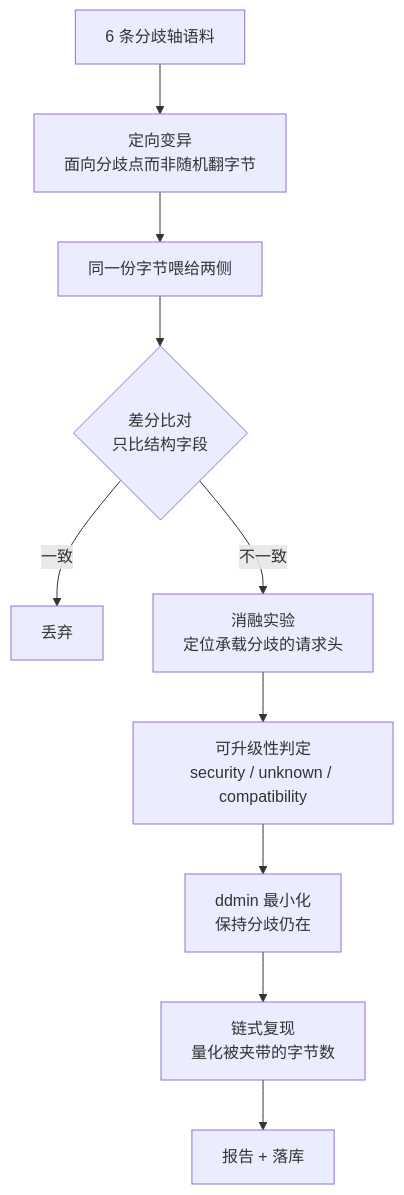
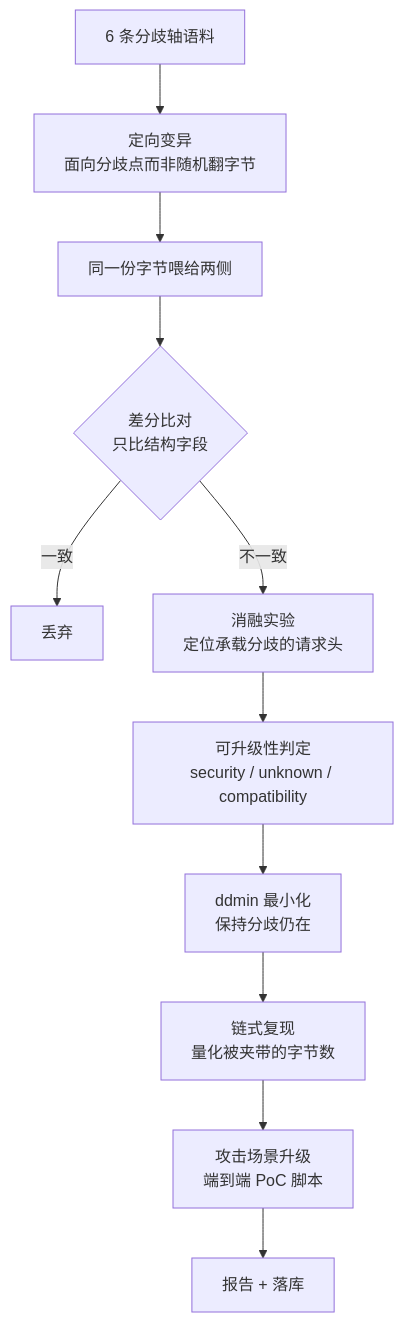
Before and after one commit to weekendsunday/CED----: the second of 2 diagrams in README.md, drawn with Mermaid. The commit also changed other lines of this file and 29 other files, not shown here.

````diff
--- a/README.md
+++ b/README.md
@@ -82,12 +176,13 @@
 ```mermaid
 flowchart TD
   A[6 条分歧轴语料] --> B[定向变异<br/>面向分歧点而非随机翻字节]
   B --> C[同一份字节喂给两侧]
   C --> D{差分比对<br/>只比结构字段}
   D -- 一致 --> E[丢弃]
   D -- 不一致 --> F[消融实验<br/>定位承载分歧的请求头]
   F --> G[可升级性判定<br/>security / unknown / compatibility]
   G --> H[ddmin 最小化<br/>保持分歧仍在]
   H --> I[链式复现<br/>量化被夹带的字节数]
-  I --> J[报告 + 落库]
+  I --> K[攻击场景升级<br/>端到端 PoC 脚本]
+  K --> J[报告 + 落库]
 ```
````
